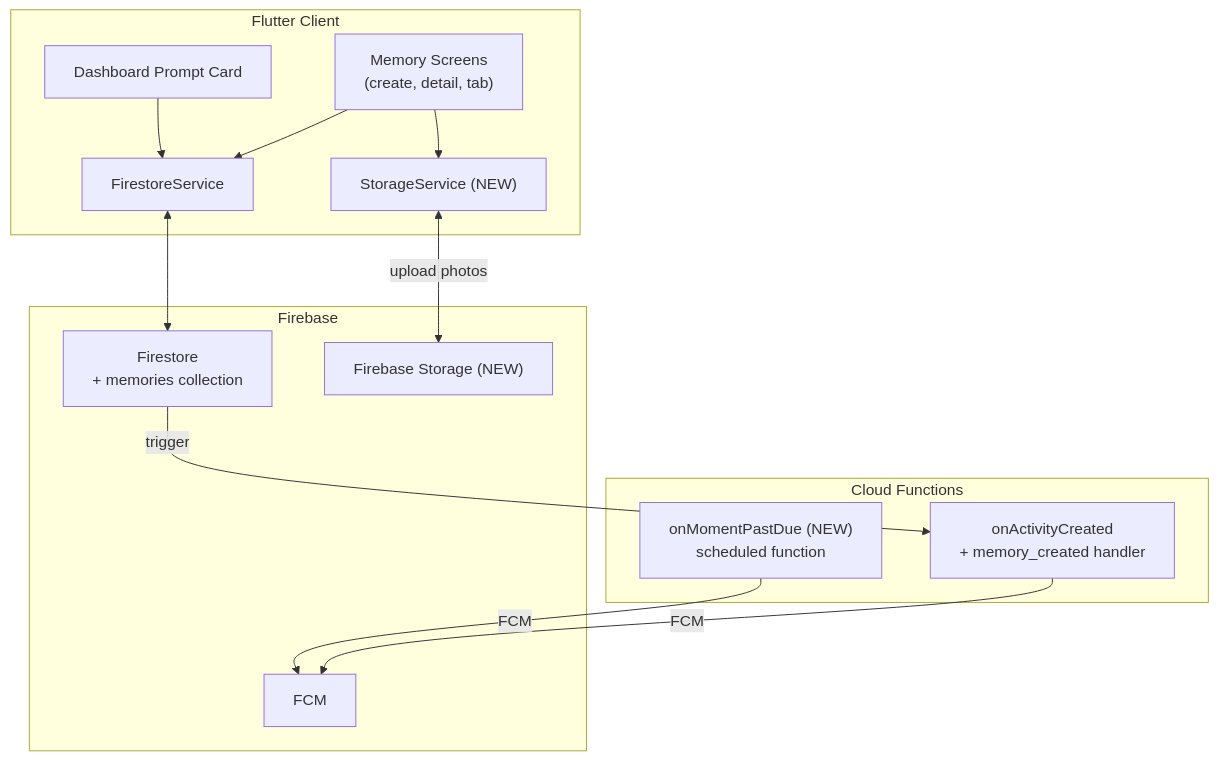
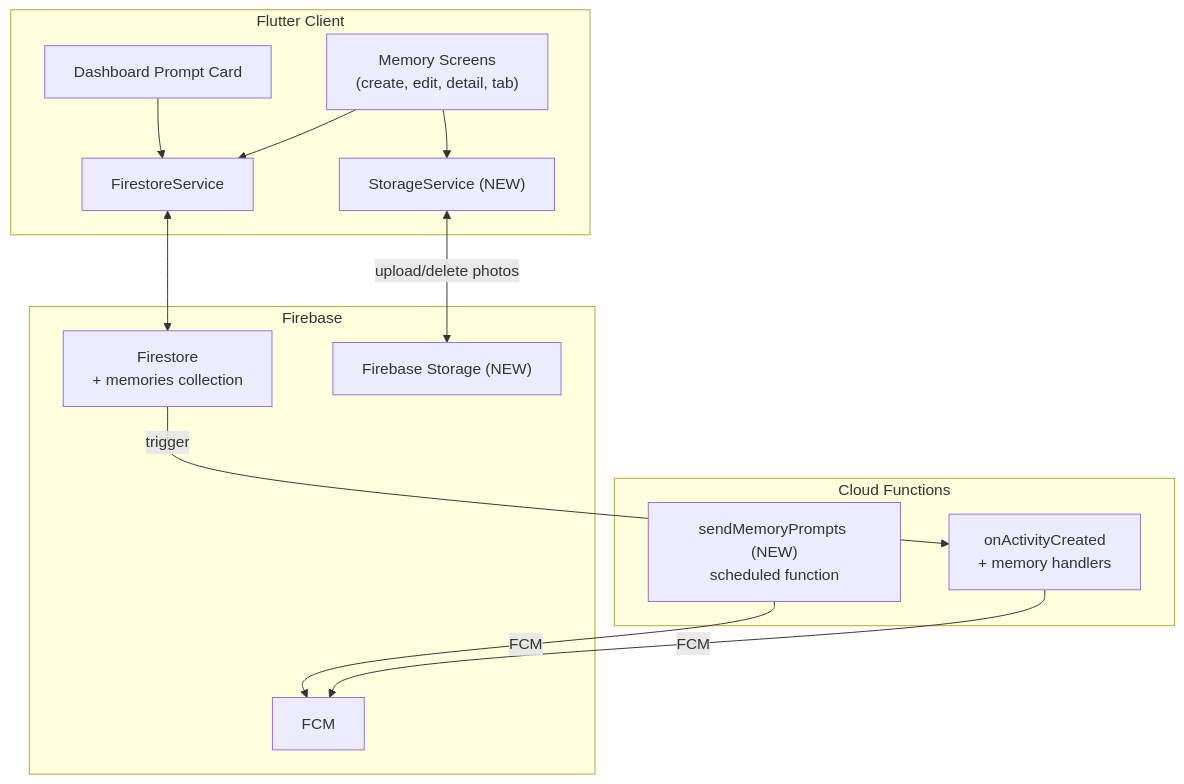
One commit to Ainesh/cocoon changed the second of 4 diagrams in docs/requirements/TDD-001-memories.md. Above: the diagram before and after it, drawn with Mermaid. The commit also changed other lines of this file and 17 other files, not shown here.

````diff
--- a/docs/requirements/TDD-001-memories.md
+++ b/docs/requirements/TDD-001-memories.md
@@ -80,24 +94,24 @@
 ```mermaid
 flowchart TB
     subgraph client ["Flutter Client"]
-        MemoryScreens["Memory Screens<br/>(create, detail, tab)"]
+        MemoryScreens["Memory Screens<br/>(create, edit, detail, tab)"]
         DashboardPrompt["Dashboard Prompt Card"]
         MemoryScreens --> FirestoreService
         MemoryScreens --> StorageService["StorageService (NEW)"]
         DashboardPrompt --> FirestoreService
     end
     subgraph firebase ["Firebase"]
         Firestore["Firestore<br/>+ memories collection"]
         Storage["Firebase Storage (NEW)"]
         FCM
     end
     subgraph functions ["Cloud Functions"]
-        onActivityCreated["onActivityCreated<br/>+ memory_created handler"]
-        onMomentPastDue["onMomentPastDue (NEW)<br/>scheduled function"]
+        onActivityCreated["onActivityCreated<br/>+ memory handlers"]
+        onMomentPastDue["sendMemoryPrompts (NEW)<br/>scheduled function"]
     end
     FirestoreService <--> Firestore
-    StorageService <-->|"upload photos"| Storage
+    StorageService <-->|"upload/delete photos"| Storage
     onActivityCreated -->|"FCM"| FCM
     onMomentPastDue -->|"FCM"| FCM
     Firestore -->|"trigger"| onActivityCreated
 ```
````
